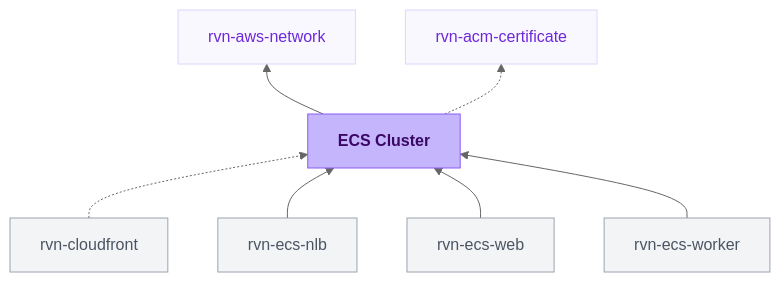
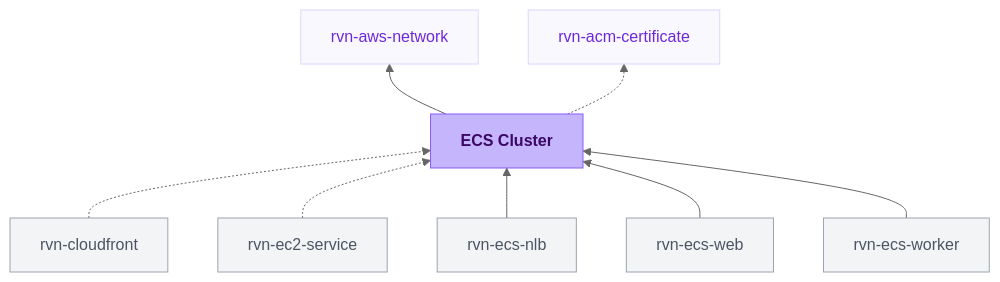
Before and after one commit to flightcontrolhq/docs: the diagram in module-definitions/catalog/rvn-ecs-cluster.mdx, drawn with Mermaid (neutral theme). The commit also changed other lines of this file and 12 other files, not shown here.

Commit message:
chore: sync module catalog docs

````diff
--- a/module-definitions/catalog/rvn-ecs-cluster.mdx
+++ b/module-definitions/catalog/rvn-ecs-cluster.mdx
@@ -13,25 +13,27 @@
 ```mermaid
 flowchart BT
   rvn_cloudfront["rvn-cloudfront"] -.-> rvn_ecs_cluster["<strong>ECS Cluster</strong>"]
+  rvn_ec2_service["rvn-ec2-service"] -.-> rvn_ecs_cluster
   rvn_ecs_nlb["rvn-ecs-nlb"] --> rvn_ecs_cluster
   rvn_ecs_web["rvn-ecs-web"] --> rvn_ecs_cluster
   rvn_ecs_worker["rvn-ecs-worker"] --> rvn_ecs_cluster
   rvn_ecs_cluster --> rvn_aws_network["rvn-aws-network"]
   rvn_ecs_cluster -.-> rvn_acm_certificate["rvn-acm-certificate"]
 
   class rvn_ecs_cluster current
   class rvn_aws_network,rvn_acm_certificate dependency
-  class rvn_cloudfront,rvn_ecs_nlb,rvn_ecs_web,rvn_ecs_worker consumer
+  class rvn_cloudfront,rvn_ec2_service,rvn_ecs_nlb,rvn_ecs_web,rvn_ecs_worker consumer
 
   classDef current fill:#C4B5FD,stroke:#8B5CF6,color:#3B0764
   classDef dependency fill:#FAF8FF,stroke:#DDD6FE,color:#6D28D9
   classDef consumer fill:#F3F4F6,stroke:#9CA3AF,color:#4B5563
   classDef upstream fill:#F8FAFC,stroke:#CBD5E1,color:#94A3B8
 
   click rvn_cloudfront "/module-definitions/catalog/rvn-cloudfront" "Open rvn-cloudfront docs"
+  click rvn_ec2_service "/module-definitions/catalog/rvn-ec2-service" "Open rvn-ec2-service docs"
   click rvn_ecs_nlb "/module-definitions/catalog/rvn-ecs-nlb" "Open rvn-ecs-nlb docs"
   click rvn_ecs_web "/module-definitions/catalog/rvn-ecs-web" "Open rvn-ecs-web docs"
   click rvn_ecs_worker "/module-definitions/catalog/rvn-ecs-worker" "Open rvn-ecs-worker docs"
   click rvn_aws_network "/module-definitions/catalog/rvn-aws-network" "Open rvn-aws-network docs"
   click rvn_acm_certificate "/module-definitions/catalog/rvn-acm-certificate" "Open rvn-acm-certificate docs"
 ```
````
